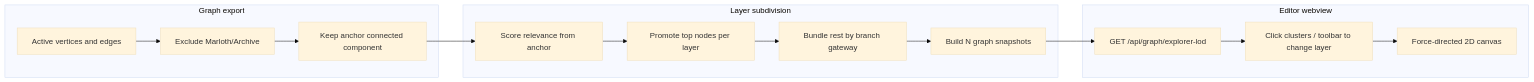
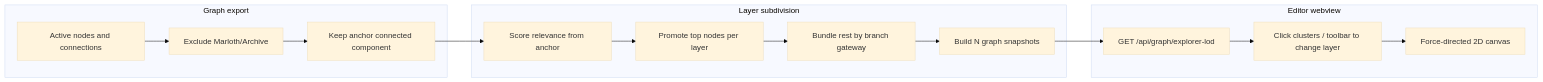
One commit to silentorb/marloth-story changed the diagram in docs/features/graph-explorer.md. Above: the diagram before and after it, drawn with Mermaid (base theme). The commit also changed other lines of this file and 143 other files, not shown here.

````diff
--- a/docs/features/graph-explorer.md
+++ b/docs/features/graph-explorer.md
@@ -110,20 +110,20 @@
 ```mermaid
 flowchart LR
   subgraph db [Graph export]
-    Active["Active vertices and edges"]
+    Active["Active nodes and connections"]
     ArchiveFilter["Exclude Marloth/Archive"]
     AnchorFilter["Keep anchor connected component"]
   end
   subgraph lod [Layer subdivision]
     Relevance["Score relevance from anchor"]
     Promote["Promote top nodes per layer"]
     Bundle["Bundle rest by branch gateway"]
     Snapshots["Build N graph snapshots"]
   end
   subgraph ui [Editor webview]
     Fetch["GET /api/graph/explorer-lod"]
     Navigate["Click clusters / toolbar to change layer"]
     Render["Force-directed 2D canvas"]
   end
   Active --> ArchiveFilter --> AnchorFilter --> Relevance --> Promote --> Bundle --> Snapshots --> Fetch --> Navigate --> Render
 ```
````
